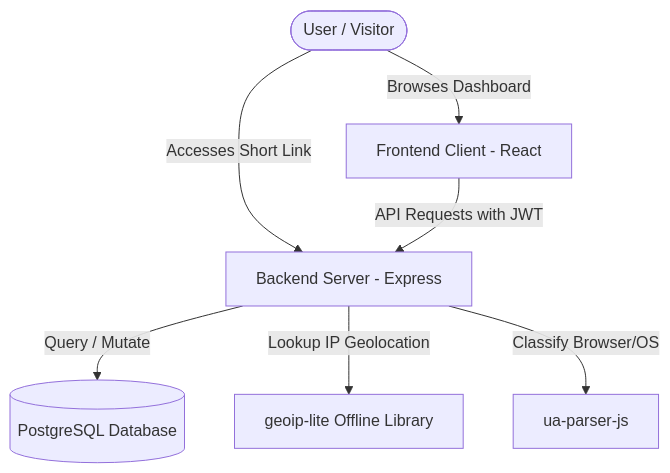
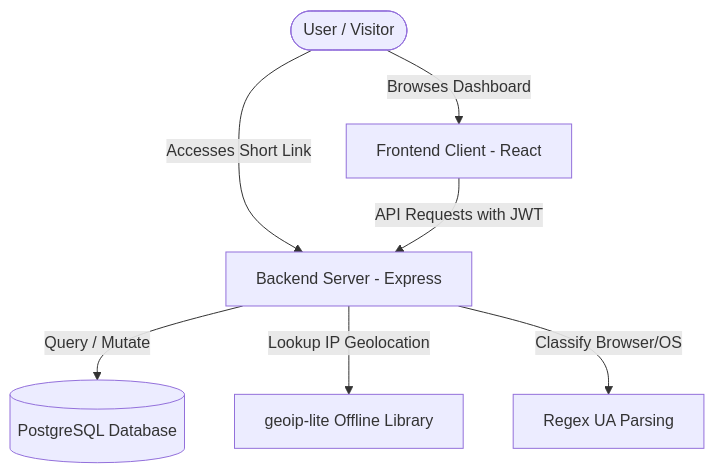
The first of 4 diagrams in README.md (Haarhish-vs/katomaran-url-shortener), drawn with Mermaid before and after one commit. The commit also changed other lines of this file and 9 other files, not shown here.

````diff
--- a/README.md
+++ b/README.md
@@ -72,9 +72,9 @@
 ```mermaid
 graph TD
     User([User / Visitor]) -->|Browses Dashboard| FE[Frontend Client - React]
     User -->|Accesses Short Link| BE[Backend Server - Express]
     FE -->|API Requests with JWT| BE
     BE -->|Query / Mutate| DB[(PostgreSQL Database)]
     BE -->|Lookup IP Geolocation| GI[geoip-lite Offline Library]
-    BE -->|Classify Browser/OS| UA[ua-parser-js]
+    BE -->|Classify Browser/OS| UA[Regex UA Parsing]
 ```
````
